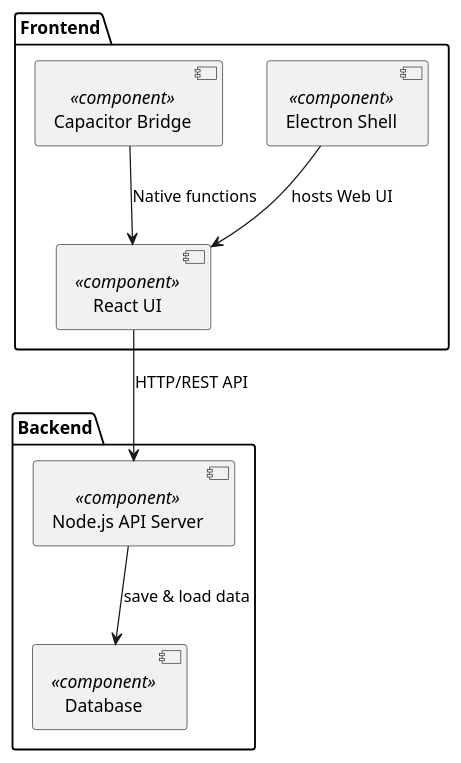
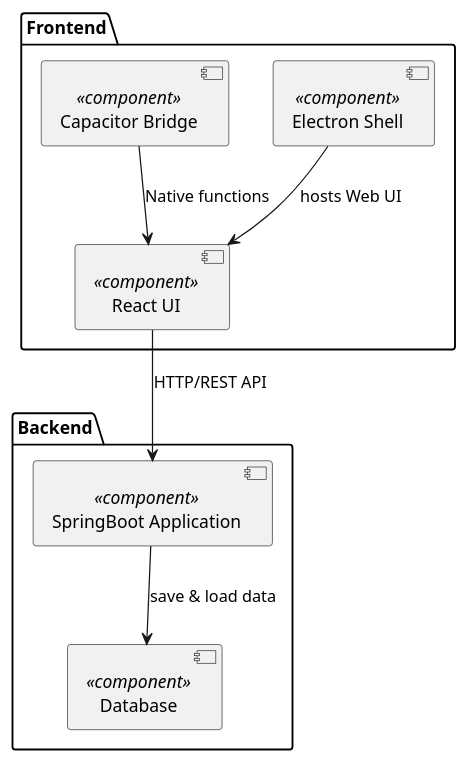
The diagram in uml/components.puml (HendrikD2005/Portfulius), drawn with PlantUML before and after one commit. The commit also changed 8 other files, not shown here.

Commit message:
POR-26/Software-Architecture - Add better-sqlite3 - Add database - Add ER-Model - Edit component diagram

```diff
--- a/uml/components.puml
+++ b/uml/components.puml
@@ -1,20 +1,20 @@
 @startuml Components
 
 package "Frontend" {
   [React UI] <<component>>
   [Electron Shell] <<component>>
   [Capacitor Bridge] <<component>>
 }
 
 package "Backend" {
-  [Node.js API Server] <<component>>
+  [SpringBoot Application] <<component>>
   [Database] <<component>>
 }
 
-[React UI] --> [Node.js API Server] : HTTP/REST API
+[React UI] --> [SpringBoot Application] : HTTP/REST API
 [Electron Shell] --> [React UI] : hosts Web UI
 [Capacitor Bridge] --> [React UI] : Native functions
 
-[Node.js API Server] --> [Database] : save & load data
+[SpringBoot Application] --> [Database] : save & load data
 
 @enduml
```
